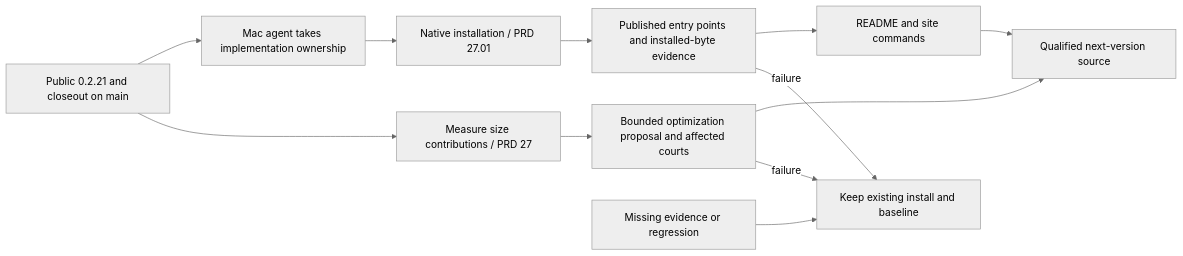
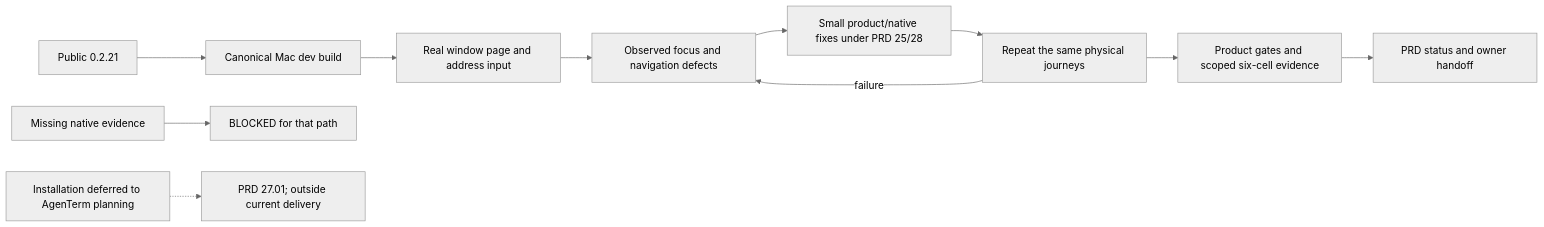
One commit to partnernetsoftware/minicon changed the diagram in plan/plan-v0.2.22.md. Above: the diagram before and after it, drawn with Mermaid (neutral theme). The commit also changed other lines of this file and 16 other files, not shown here.

````diff
--- a/plan/plan-v0.2.22.md
+++ b/plan/plan-v0.2.22.md
@@ -32,14 +33,13 @@
 ```mermaid
 flowchart LR
-    R[Public 0.2.21 and closeout on main] --> M[Mac agent takes implementation ownership]
-    M --> I[Native installation / PRD 27.01]
-    I --> E[Published entry points and installed-byte evidence]
-    E --> D[README and site commands]
-    R --> B[Measure size contributions / PRD 27]
-    B --> O[Bounded optimization proposal and affected courts]
-    O --> Q[Qualified next-version source]
-    D --> Q
-    F[Missing evidence or regression] --> K[Keep existing install and baseline]
-    E -->|failure| K
-    O -->|failure| K
+    R[Public 0.2.21] --> B[Canonical Mac dev build]
+    B --> P[Real window page and address input]
+    P --> F[Observed focus and navigation defects]
+    F --> I[Small product/native fixes under PRD 25/28]
+    I --> J[Repeat the same physical journeys]
+    J --> Q[Product gates and scoped six-cell evidence]
+    Q --> O[PRD status and owner handoff]
+    M[Missing native evidence] --> K[BLOCKED for that path]
+    J -->|failure| F
+    A[Installation deferred to AgenTerm planning] -.-> D[PRD 27.01; outside current delivery]
 ```
````
